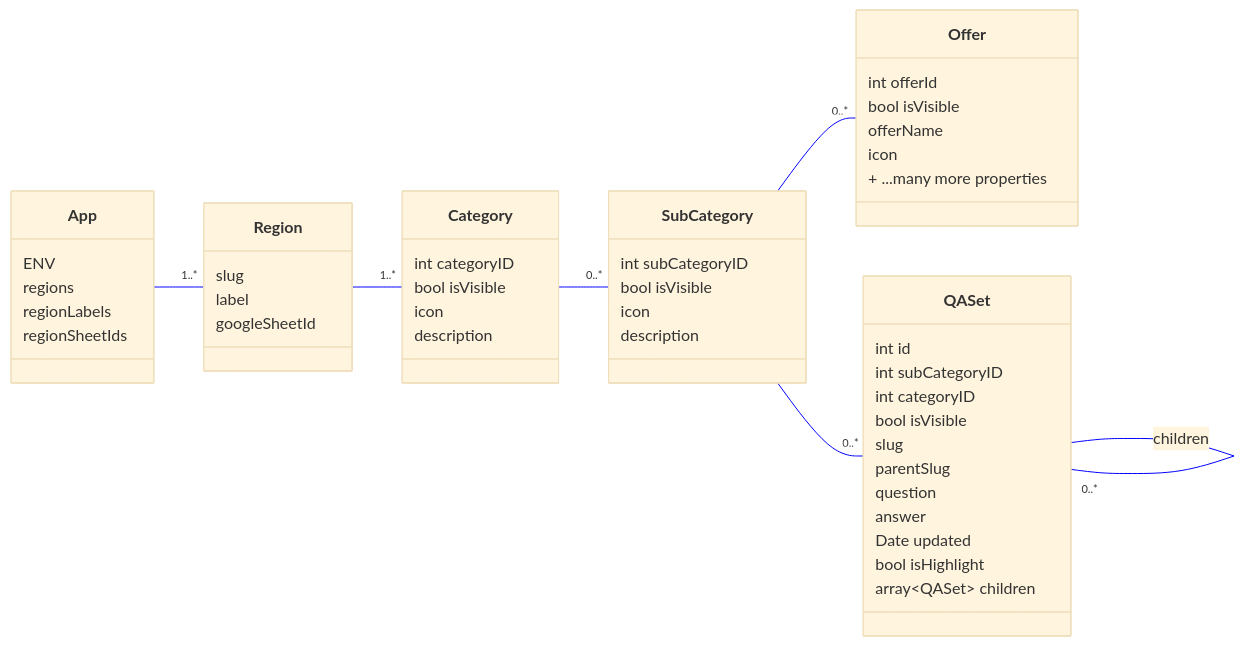
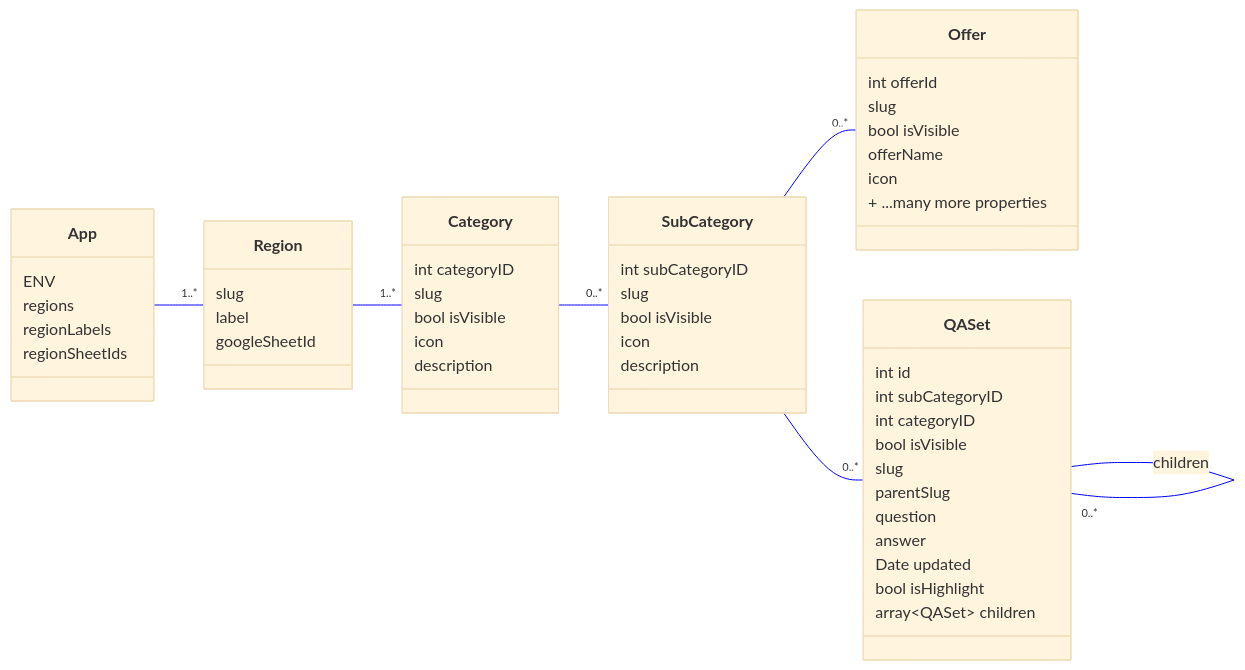
Before and after one commit to rodekruis/helpful-information: the first of 2 diagrams in README.md, drawn with Mermaid.

Commit message:
docs: Add Slugs as properties for (sub-)categories/offers

````diff
--- a/README.md
+++ b/README.md
@@ -163,61 +163,64 @@
 ```mermaid
 %%{ init:{ 'theme':'base', 'themeVariables':{'lineColor':'blue'} }}%%
 
 classDiagram
   class App {
     ENV
     regions
     regionLabels
     regionSheetIds
   }
 
   class Region {
     slug
     label
     googleSheetId
   }
 
   class Category {
     int categoryID
+    slug
     bool isVisible
     icon
     description
   }
 
   class SubCategory {
     int subCategoryID
+    slug
     bool isVisible
     icon
     description
   }
 
   class Offer {
     int offerId
+    slug
     bool isVisible
     offerName
     icon
     + ...many more properties
   }
 
   class QASet {
     int id
     int subCategoryID
     int categoryID
     bool isVisible
     slug
     parentSlug
     question
     answer
     Date updated
     bool isHighlight
     array~QASet~ children
   }
 
   direction LR
     App -- "1..*" Region
     Region -- "1..*" Category
     Category -- "0..*" SubCategory
     SubCategory -- "0..*" Offer
     SubCategory -- "0..*" QASet
     QASet -- "0..*" QASet : children
 ```
````
